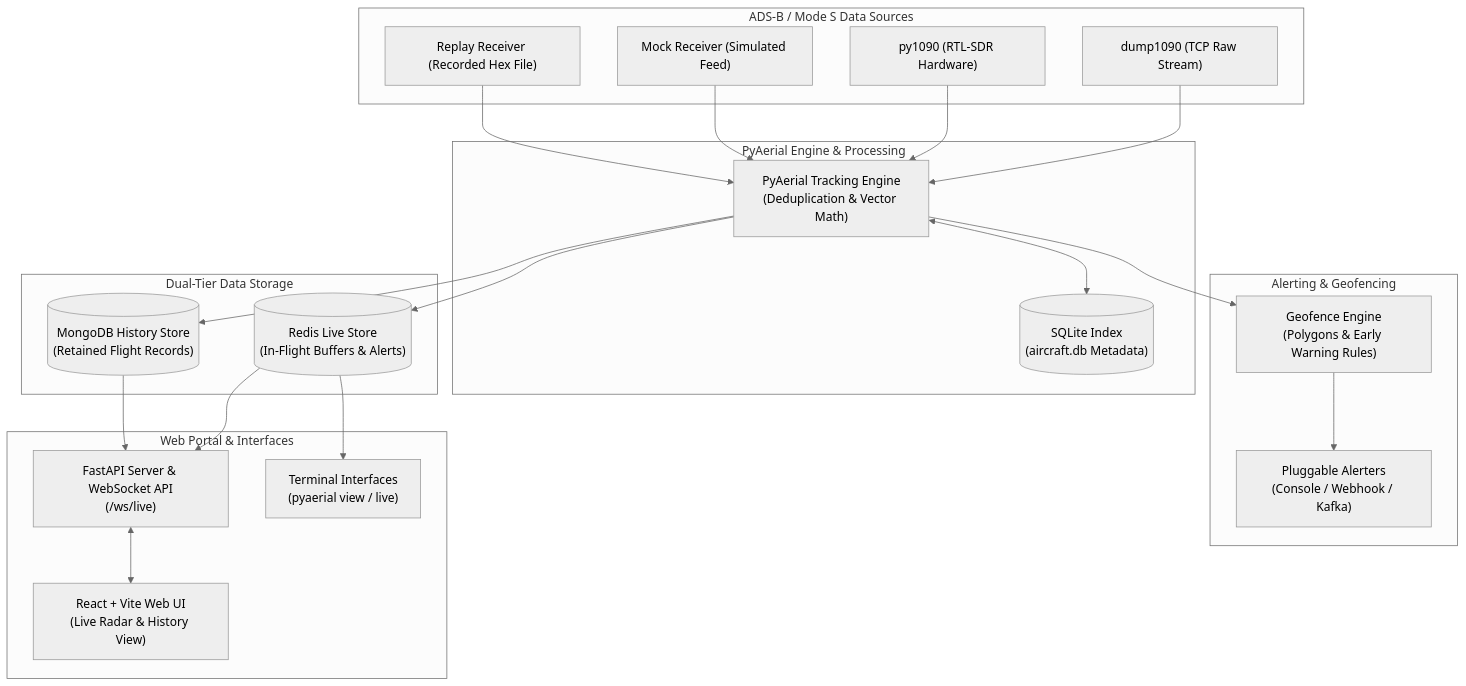
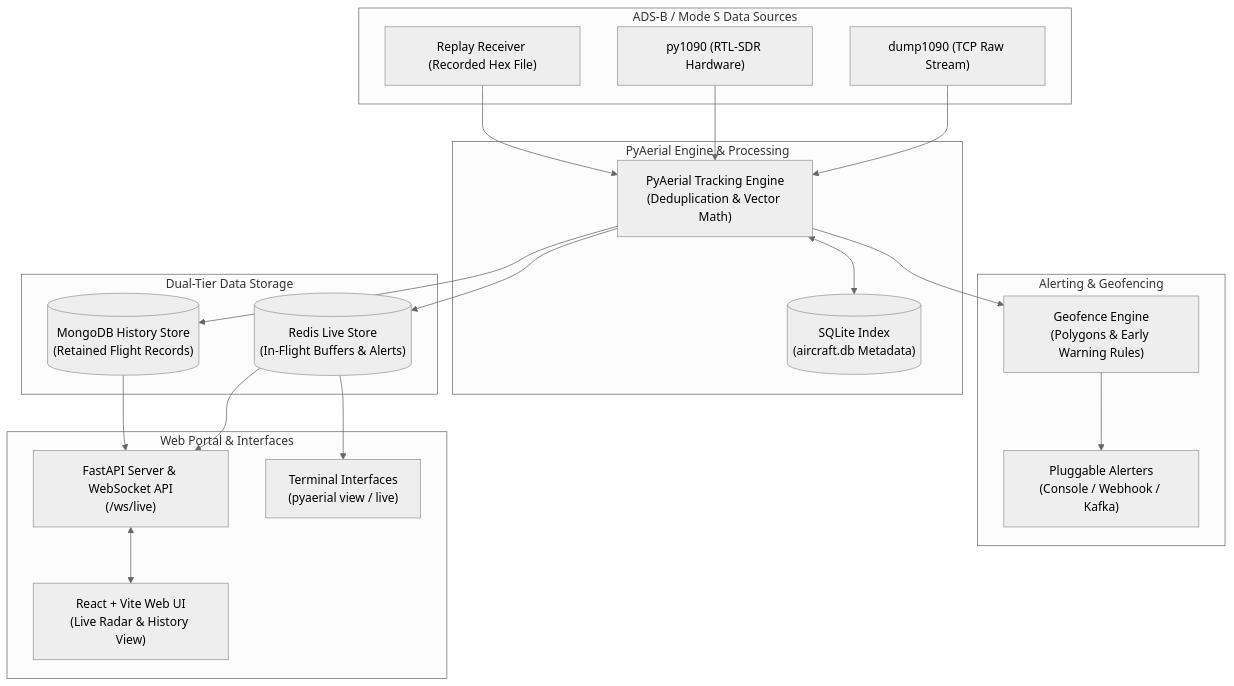
The diagram in README.md (quantumbagel/PyAerial), drawn with Mermaid (neutral theme) before and after one commit. The commit also changed other lines of this file and 17 other files, not shown here.

````diff
--- a/README.md
+++ b/README.md
@@ -15,48 +15,46 @@
 ```mermaid
 graph TD
     subgraph Inputs ["ADS-B / Mode S Data Sources"]
         DUMP1090["dump1090 (TCP Raw Stream)"]
         PY1090["py1090 (RTL-SDR Hardware)"]
-        MOCK_REC["Mock Receiver (Simulated Feed)"]
         REPLAY["Replay Receiver (Recorded Hex File)"]
     end
 
     subgraph Core ["PyAerial Engine & Processing"]
         ENGINE["PyAerial Tracking Engine<br/>(Deduplication & Vector Math)"]
         AIRCRAFT_DB[("SQLite Index<br/>(aircraft.db Metadata)")]
     end
 
     subgraph Alerts ["Alerting & Geofencing"]
         GEOFENCE["Geofence Engine<br/>(Polygons & Early Warning Rules)"]
         ALERTERS["Pluggable Alerters<br/>(Console / Webhook / Kafka)"]
     end
 
     subgraph Storage ["Dual-Tier Data Storage"]
         REDIS[("Redis Live Store<br/>(In-Flight Buffers & Alerts)")]
         MONGO[("MongoDB History Store<br/>(Retained Flight Records)")]
     end
 
     subgraph Frontend ["Web Portal & Interfaces"]
         WEBAPP["FastAPI Server & WebSocket API<br/>(/ws/live)"]
         WEBUI["React + Vite Web UI<br/>(Live Radar & History View)"]
         CLI["Terminal Interfaces<br/>(pyaerial view / live)"]
     end
 
     DUMP1090 --> ENGINE
     PY1090 --> ENGINE
-    MOCK_REC --> ENGINE
     REPLAY --> ENGINE
 
     ENGINE <--> AIRCRAFT_DB
     ENGINE --> GEOFENCE
     GEOFENCE --> ALERTERS
 
     ENGINE --> REDIS
     ENGINE --> MONGO
 
     REDIS --> WEBAPP
     MONGO --> WEBAPP
     REDIS --> CLI
 
     WEBAPP <--> WEBUI
 ```
````
